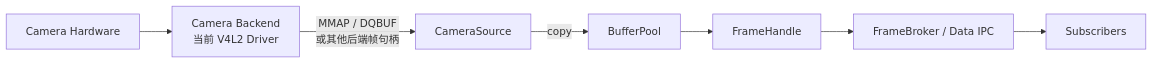
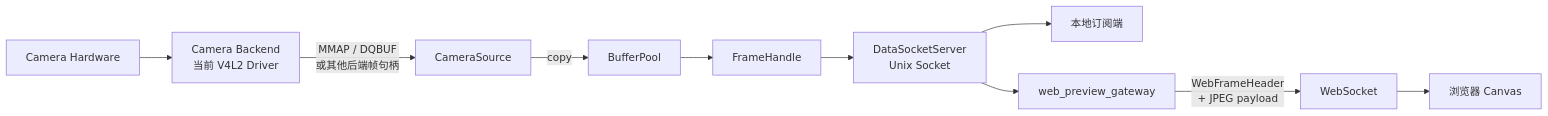
Before and after one commit to SuycxZMZ/CameraSubsystem: the third of 3 diagrams in README.md, drawn with Mermaid. The commit also changed other lines of this file and 2 other files, not shown here.

First line of the commit message:
[文档] 完善 README.md：项目结构图、架构图、开发板与运行截图

````diff
--- a/README.md
+++ b/README.md
@@ -140,9 +190,12 @@
 ```mermaid
 flowchart LR
     Camera["Camera Hardware"] --> Backend["Camera Backend<br/>当前 V4L2 Driver"]
     Backend -->|MMAP / DQBUF<br/>或其他后端帧句柄| Source["CameraSource"]
     Source -->|copy| Pool["BufferPool"]
     Pool --> Frame["FrameHandle"]
-    Frame --> Broker["FrameBroker / Data IPC"]
-    Broker --> Consumer["Subscribers"]
+    Frame --> DataIPC["DataSocketServer<br/>Unix Socket"]
+    DataIPC --> Subscriber["本地订阅端"]
+    DataIPC --> Gateway["web_preview_gateway"]
+    Gateway -->|WebFrameHeader<br/>+ JPEG payload| WS["WebSocket"]
+    WS --> Browser["浏览器 Canvas"]
 ```
````
